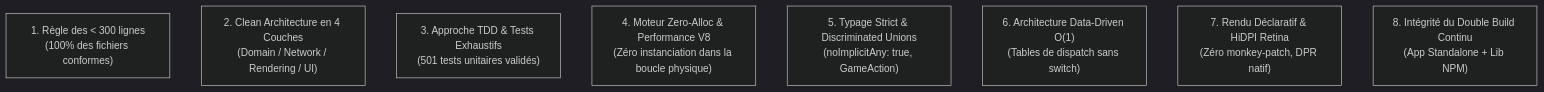
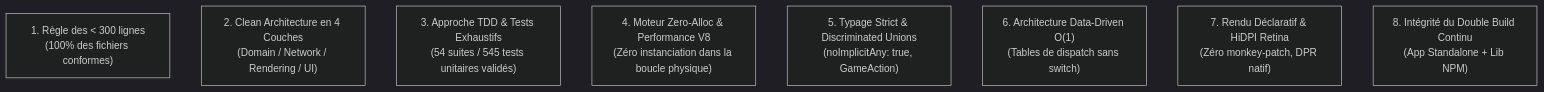
The diagram in docs/CODE_QUALITY.md (Julien1498/slugwars-p2play), drawn with Mermaid (dark theme) before and after one commit. The commit also changed other lines of this file, not shown here.

Commit message:
docs: align CODE_QUALITY.md metrics with 54 suites and 545 passing unit tests

````diff
--- a/docs/CODE_QUALITY.md
+++ b/docs/CODE_QUALITY.md
@@ -21,11 +21,11 @@
 ```mermaid
 graph TD
     P1["1. Règle des < 300 lignes<br/>(100% des fichiers conformes)"]
     P2["2. Clean Architecture en 4 Couches<br/>(Domain / Network / Rendering / UI)"]
-    P3["3. Approche TDD & Tests Exhaustifs<br/>(501 tests unitaires validés)"]
+    P3["3. Approche TDD & Tests Exhaustifs<br/>(54 suites / 545 tests unitaires validés)"]
     P4["4. Moteur Zero-Alloc & Performance V8<br/>(Zéro instanciation dans la boucle physique)"]
     P5["5. Typage Strict & Discriminated Unions<br/>(noImplicitAny: true, GameAction)"]
     P6["6. Architecture Data-Driven O(1)<br/>(Tables de dispatch sans switch)"]
     P7["7. Rendu Déclaratif & HiDPI Retina<br/>(Zéro monkey-patch, DPR natif)"]
     P8["8. Intégrité du Double Build Continu<br/>(App Standalone + Lib NPM)"]
 ```
````
